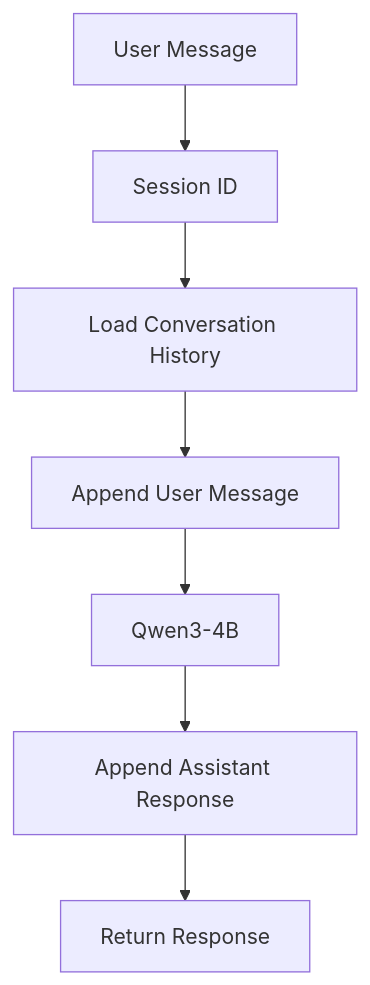
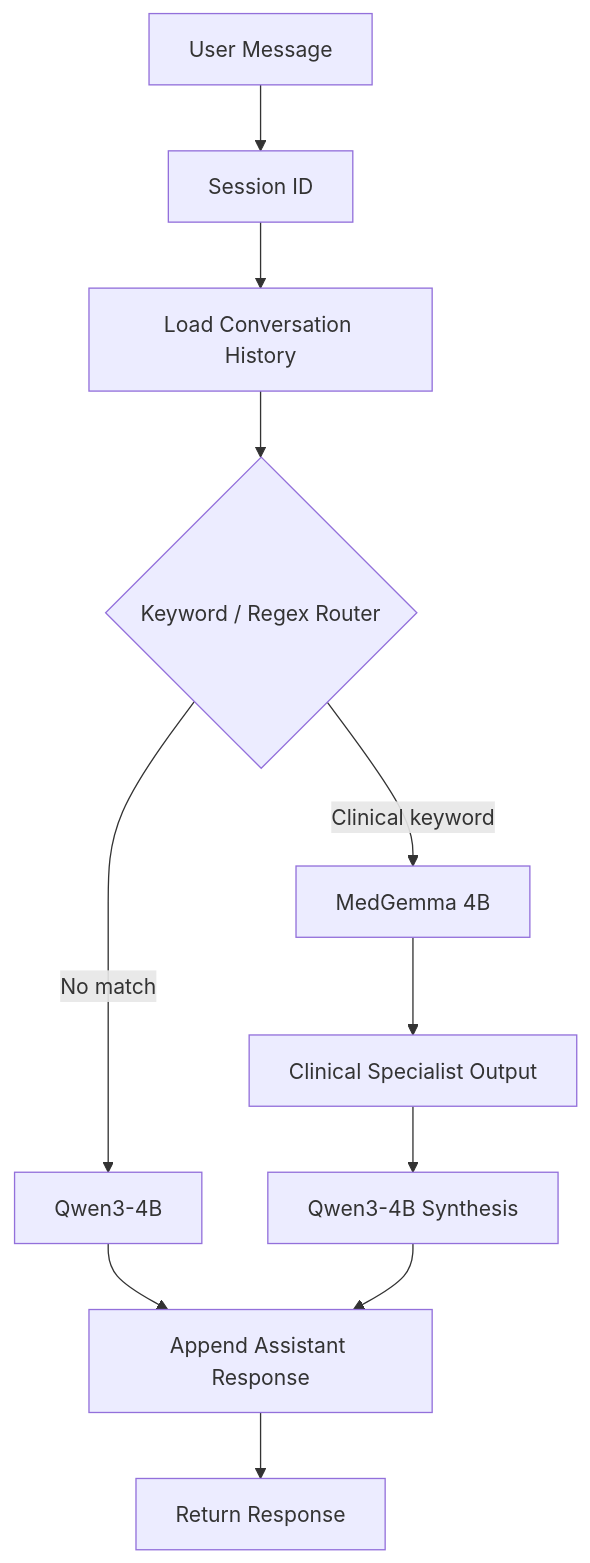
The diagram in README.md (theruderaw/medgemma-agent), drawn with Mermaid before and after one commit. The commit also changed other lines of this file and 9 other files, not shown here.

````diff
--- a/README.md
+++ b/README.md
@@ -12,17 +13,25 @@
 ```mermaid
 flowchart TD
     USER["User Message"]
     SESSION["Session ID"]
     LOAD["Load Conversation History"]
-    APPEND_USER["Append User Message"]
+    ROUTER{"Keyword / Regex Router"}
     QWEN["Qwen3-4B"]
-    APPEND_ASSISTANT["Append Assistant Response"]
+    MED["MedGemma 4B"]
+    CONTEXT["Clinical Specialist Output"]
+    SYNTH["Qwen3-4B Synthesis"]
+    APPEND["Append Assistant Response"]
     RESPONSE["Return Response"]
 
     USER --> SESSION
     SESSION --> LOAD
-    LOAD --> APPEND_USER
-    APPEND_USER --> QWEN
-    QWEN --> APPEND_ASSISTANT
-    APPEND_ASSISTANT --> RESPONSE
+    LOAD --> ROUTER
+
+    ROUTER -->|"No match"| QWEN
+    ROUTER -->|"Clinical keyword"| MED
+    MED --> CONTEXT
+    CONTEXT --> SYNTH
+    QWEN --> APPEND
+    SYNTH --> APPEND
+    APPEND --> RESPONSE
 ```
````
